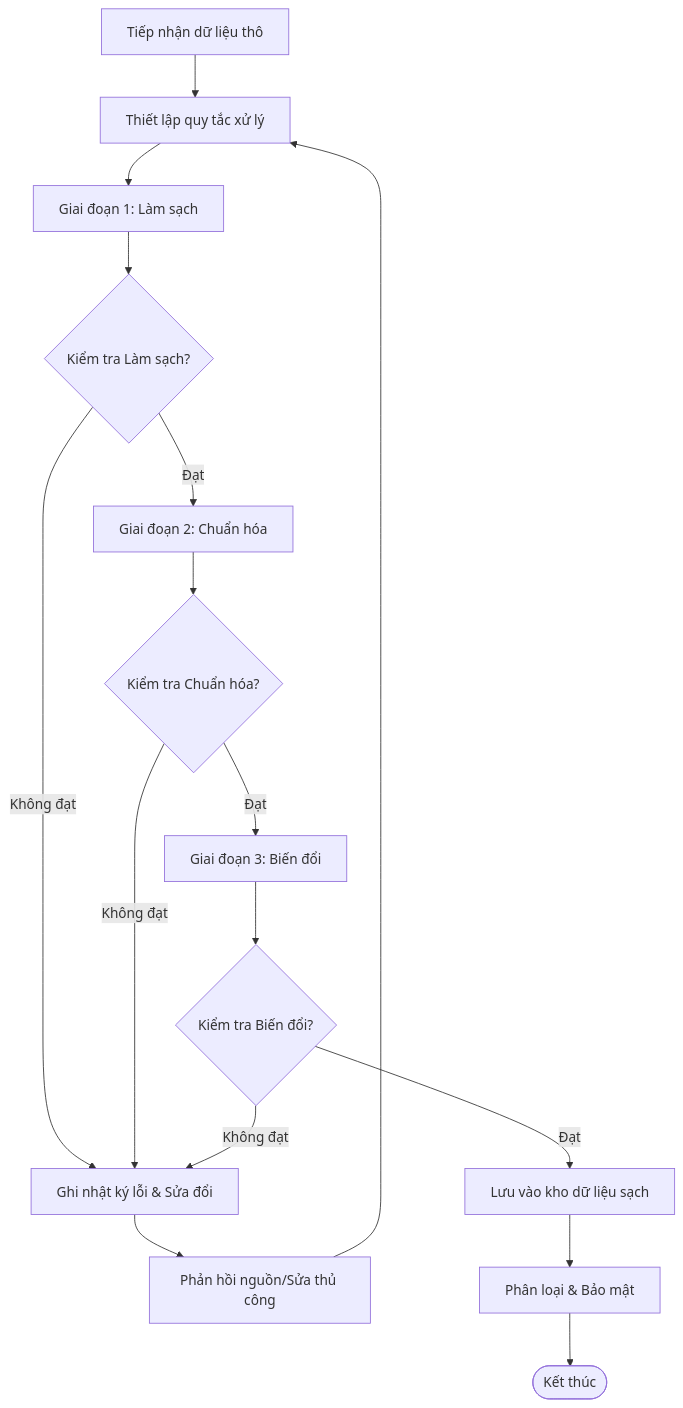
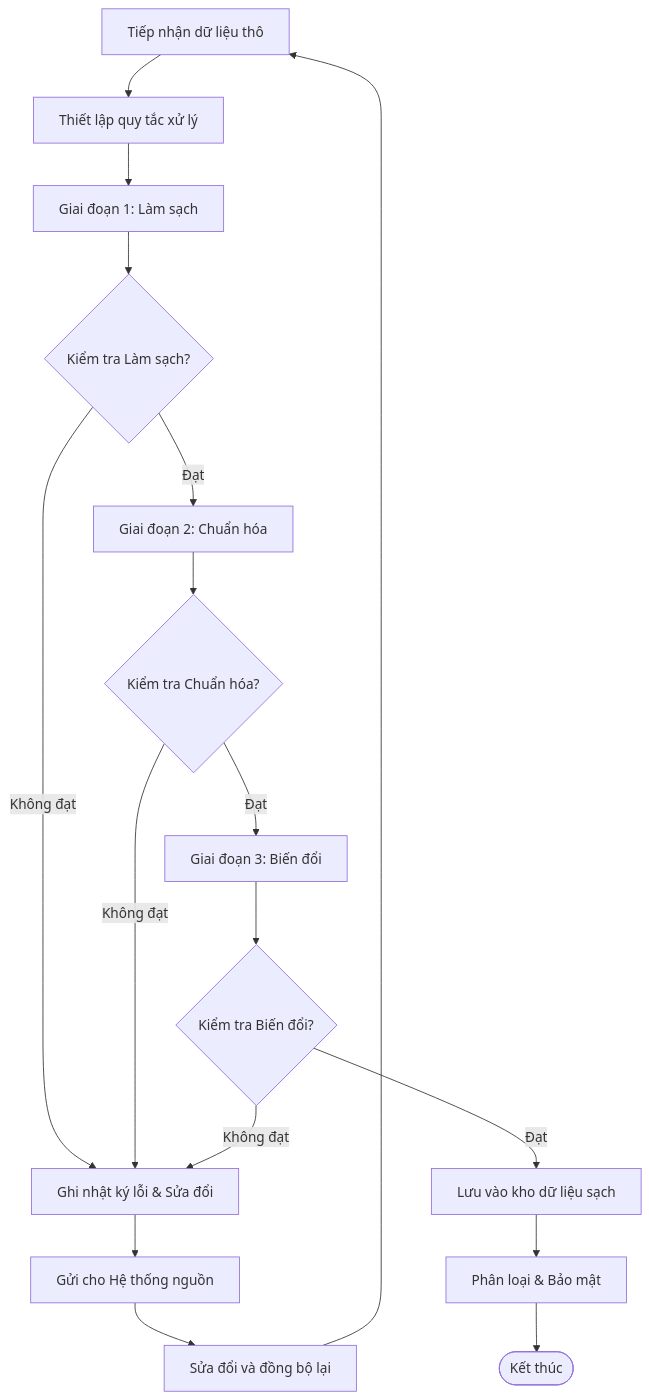
One commit to phanphuong19799-svg/BTP-DLDC changed the third of 8 diagrams in tailieu/tailieuphantich/luongnamhinh.md. Above: the diagram before and after it, drawn with Mermaid. The commit also changed other lines of this file and 562 other files, not shown here.

````diff
--- a/tailieu/tailieuphantich/luongnamhinh.md
+++ b/tailieu/tailieuphantich/luongnamhinh.md
@@ -89,18 +89,19 @@
 ```mermaid
 graph TD
     A[Tiếp nhận dữ liệu thô] --> B[Thiết lập quy tắc xử lý]
     B --> C[Giai đoạn 1: Làm sạch]
     C --> C_Check{Kiểm tra Làm sạch?}
     C_Check -- Không đạt --> G[Ghi nhật ký lỗi & Sửa đổi]
     C_Check -- Đạt --> D[Giai đoạn 2: Chuẩn hóa]
     D --> D_Check{Kiểm tra Chuẩn hóa?}
     D_Check -- Không đạt --> G
     D_Check -- Đạt --> E[Giai đoạn 3: Biến đổi]
     E --> E_Check{Kiểm tra Biến đổi?}
     E_Check -- Không đạt --> G
     E_Check -- Đạt --> I[Lưu vào kho dữ liệu sạch]
-    G --> H[Phản hồi nguồn/Sửa thủ công]
-    H --> B
+    G --> H[Gửi cho Hệ thống nguồn]
+    H --> H2[Sửa đổi và đồng bộ lại]
+    H2 --> A
     I --> J[Phân loại & Bảo mật]
     J --> End([Kết thúc])
 ```
````
